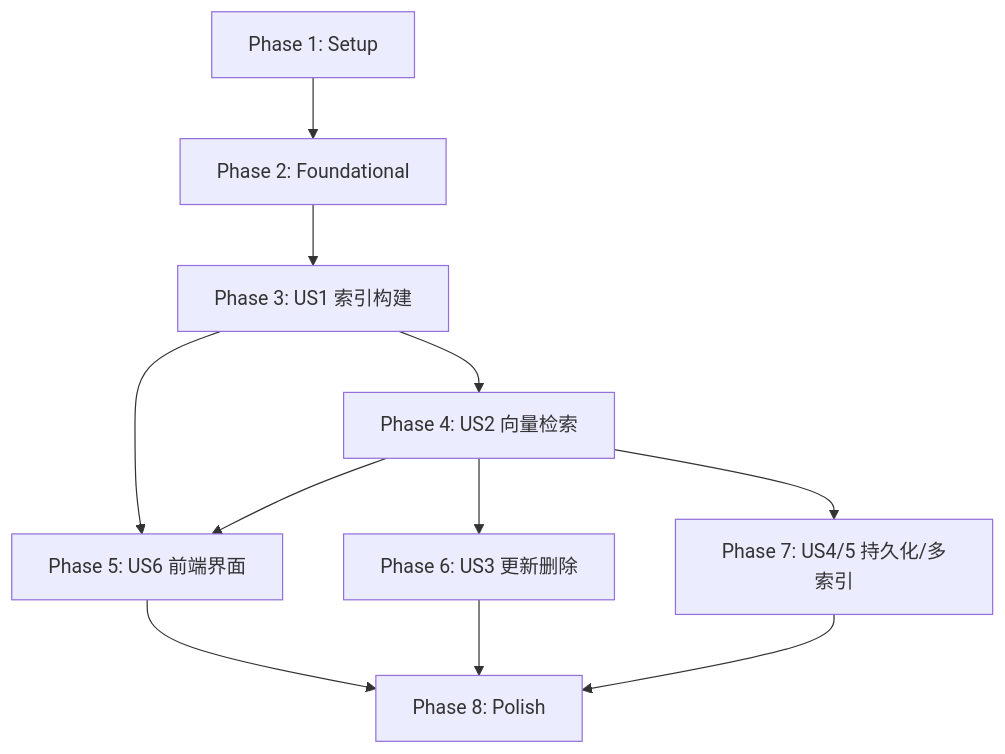
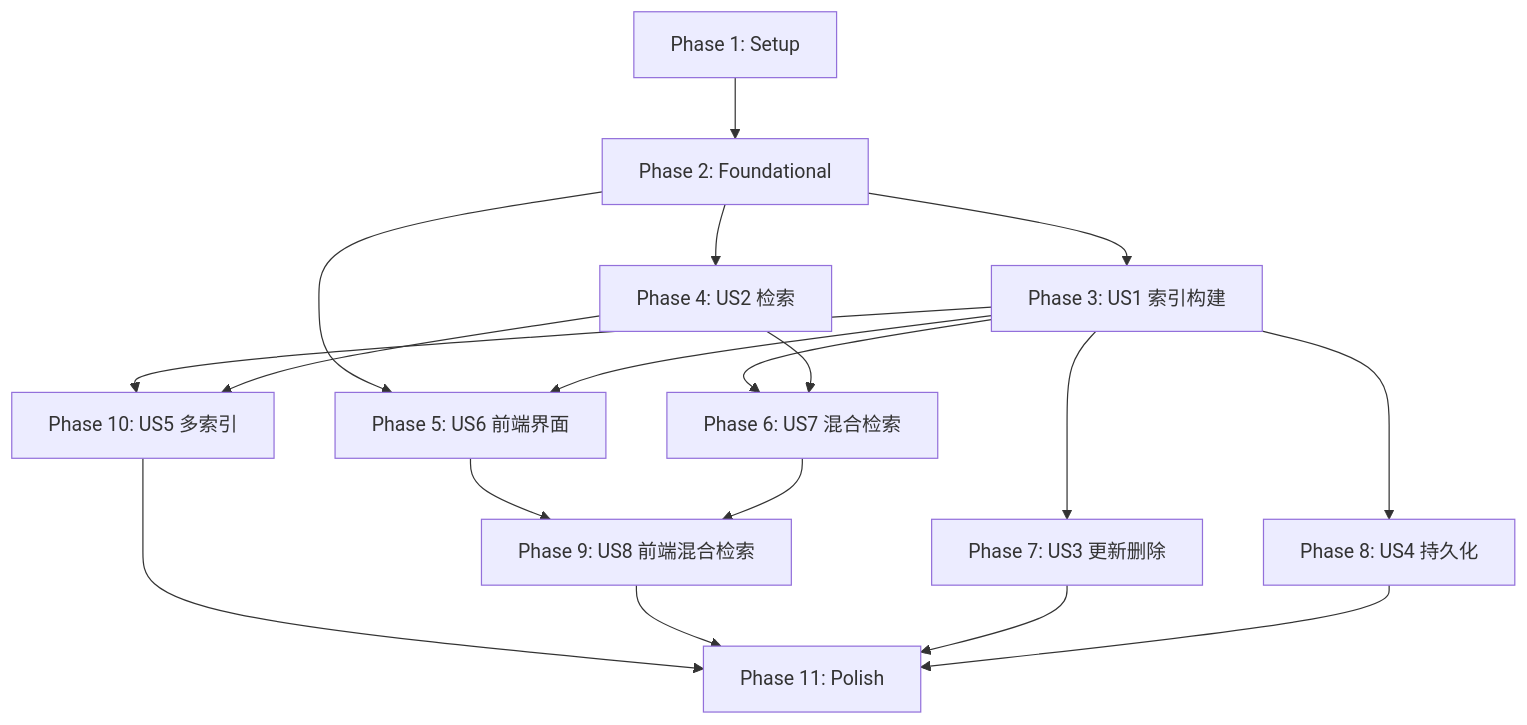
The diagram in specs/004-vector-index-opt/tasks.md (qingni/rag-pipeline-hub), drawn with Mermaid before and after one commit. The commit also changed other lines of this file and 56 other files, not shown here.

````diff
--- a/specs/004-vector-index-opt/tasks.md
+++ b/specs/004-vector-index-opt/tasks.md
@@ -241,13 +190,20 @@
 ```mermaid
 graph TD
     P1[Phase 1: Setup] --> P2[Phase 2: Foundational]
     P2 --> P3[Phase 3: US1 索引构建]
-    P3 --> P4[Phase 4: US2 向量检索]
-    P3 --> P5[Phase 5: US6 前端界面]
-    P4 --> P5
-    P4 --> P6[Phase 6: US3 更新删除]
-    P4 --> P7[Phase 7: US4/5 持久化/多索引]
-    P5 --> P8[Phase 8: Polish]
-    P6 --> P8
-    P7 --> P8
+    P2 --> P4[Phase 4: US2 检索]
+    P2 --> P5[Phase 5: US6 前端界面]
+    P3 --> P5
+    P3 --> P6[Phase 6: US7 混合检索]
+    P4 --> P6
+    P3 --> P7[Phase 7: US3 更新删除]
+    P3 --> P8[Phase 8: US4 持久化]
+    P5 --> P9[Phase 9: US8 前端混合检索]
+    P6 --> P9
+    P3 --> P10[Phase 10: US5 多索引]
+    P4 --> P10
+    P10 --> P11[Phase 11: Polish]
+    P9 --> P11
+    P7 --> P11
+    P8 --> P11
 ```
````
